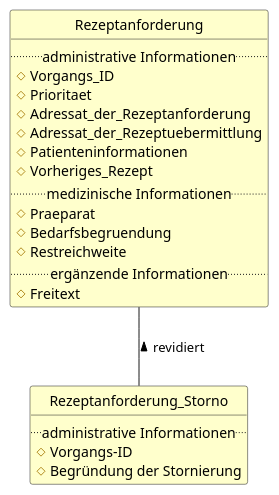
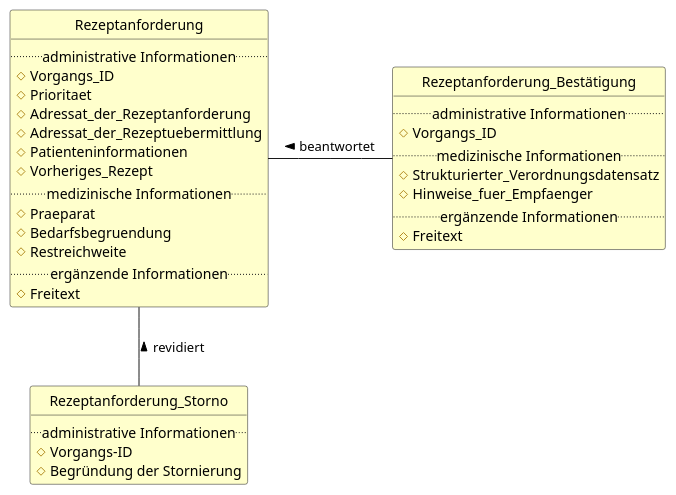
One commit to gematik/spec-E-Rezept-ServiceRequest changed the diagram in Resources/puml/old/rezeptanforderungen-pflege-spezialfall-businessobjects-inhalte.puml. Above: the diagram before and after it, drawn with PlantUML.

Commit message:
fix puml for spezialfall versichertenbeteiligung

```diff
--- a/Resources/puml/old/rezeptanforderungen-pflege-spezialfall-businessobjects-inhalte.puml
+++ b/Resources/puml/old/rezeptanforderungen-pflege-spezialfall-businessobjects-inhalte.puml
@@ -1,36 +1,47 @@
 @startuml
 
 'top to bottom direction
 
 'skinparam linetype ortho
 hide circle
 hide methods
 
 'object "Fachliche \nInformationseinheit" as Businessobject #BUSINESS
 
 class "Rezeptanforderung" as Rezeptanforderung #BUSINESS {
     ..administrative Informationen..
     #Vorgangs_ID
     #Prioritaet
     #Adressat_der_Rezeptanforderung
     #Adressat_der_Rezeptuebermittlung
     #Patienteninformationen
     #Vorheriges_Rezept
     ..medizinische Informationen..
     #Praeparat
     #Bedarfsbegruendung
     #Restreichweite
     ..ergänzende Informationen..
     #Freitext
 }
 
+class "Rezeptanforderung_Bestätigung" as Rezeptanforderung_Bestätigung #BUSINESS {
+    ..administrative Informationen..
+    #Vorgangs_ID
+    ..medizinische Informationen..
+    #Strukturierter_Verordnungsdatensatz
+    #Hinweise_fuer_Empfaenger
+    ..ergänzende Informationen..
+    #Freitext
+}
+
 
 class "Rezeptanforderung_Storno" as Rezeptanforderung_Storno #BUSINESS {
     ..administrative Informationen..
     #Vorgangs-ID
     #Begründung der Stornierung
 }
 
 Rezeptanforderung_Storno -up- Rezeptanforderung: revidiert >
+Rezeptanforderung_Bestätigung -left- Rezeptanforderung: beantwortet >
 
 @enduml
```
